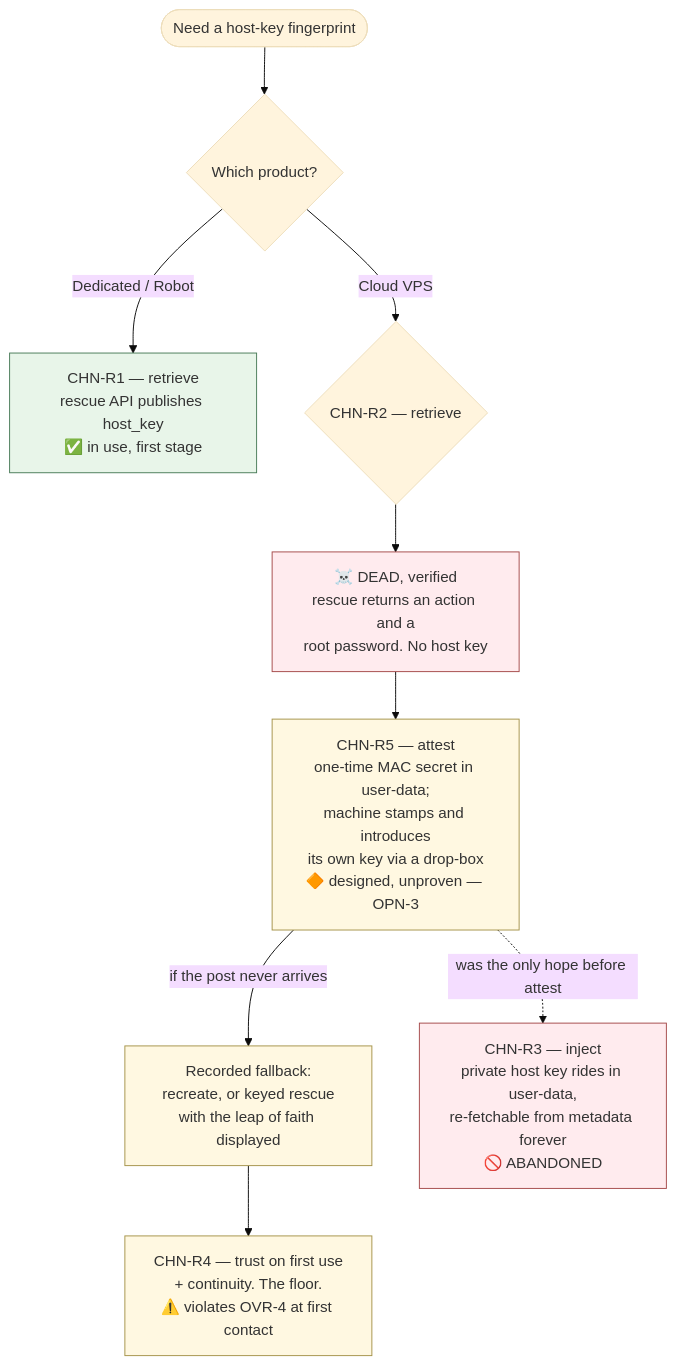
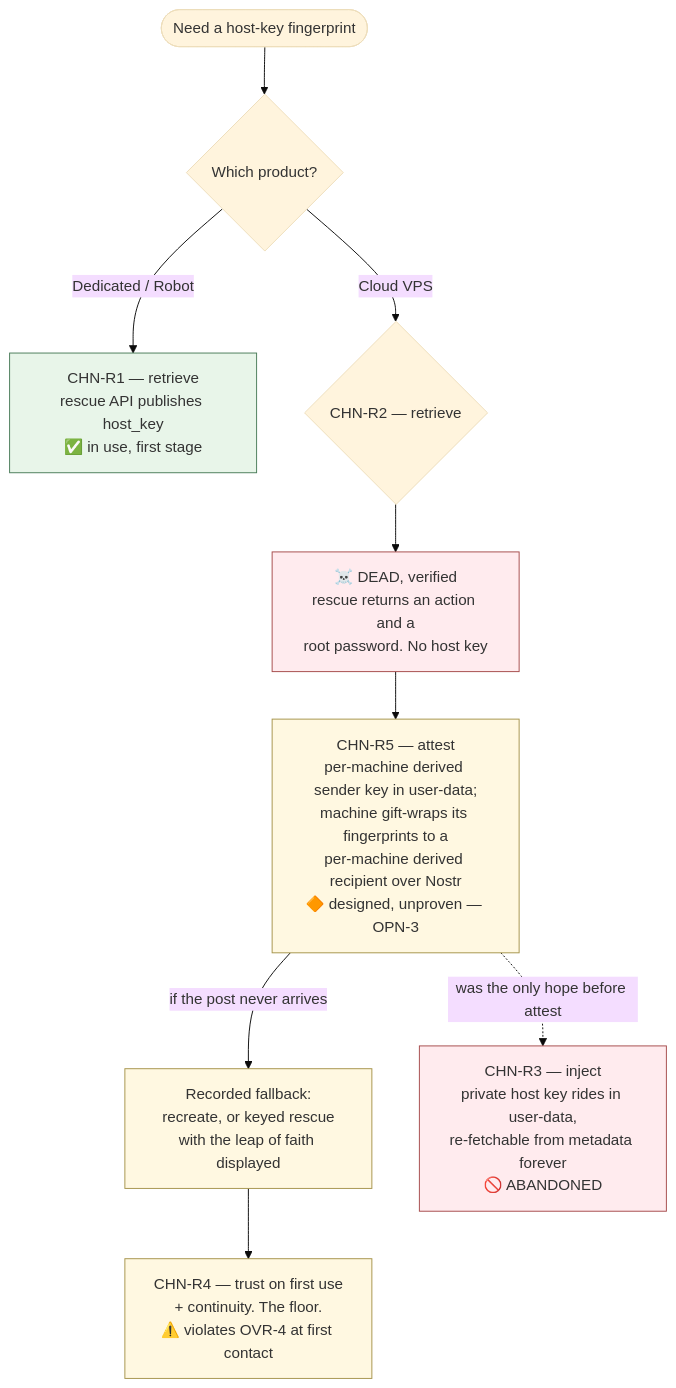
One commit to douglaz/tau-web-spec changed the first of 2 diagrams in 02-channel.md. Above: the diagram before and after it, drawn with Mermaid (base theme). The commit also changed other lines of this file and 15 other files, not shown here.

First line of the commit message:
docs: the machine speaks Nostr, and per-machine keys derive from an operator seed

````diff
--- a/02-channel.md
+++ b/02-channel.md
@@ -30,17 +30,17 @@
 ```mermaid
 flowchart TD
     START([Need a host-key fingerprint]) --> PROD{Which product?}
     PROD -->|Dedicated / Robot| R1["CHN-R1 — retrieve<br/>rescue API publishes host_key<br/>✅ in use, first stage"]
     PROD -->|Cloud VPS| R2{"CHN-R2 — retrieve"}
     R2 --> R2D["☠️ DEAD, verified<br/>rescue returns an action and a<br/>root password. No host key"]
-    R2D --> R5["CHN-R5 — attest<br/>one-time MAC secret in user-data;<br/>machine stamps and introduces<br/>its own key via a drop-box<br/>🔶 designed, unproven — OPN-3"]
+    R2D --> R5["CHN-R5 — attest<br/>per-machine derived sender key in user-data;<br/>machine gift-wraps its fingerprints to a<br/>per-machine derived recipient over Nostr<br/>🔶 designed, unproven — OPN-3"]
     R5 -->|"if the post never arrives"| FB["Recorded fallback:<br/>recreate, or keyed rescue<br/>with the leap of faith displayed"]
     R5 -.->|"was the only hope before attest"| R3["CHN-R3 — inject<br/>private host key rides in user-data,<br/>re-fetchable from metadata forever<br/>🚫 ABANDONED"]
     FB --> R4["CHN-R4 — trust on first use<br/>+ continuity. The floor.<br/>⚠️ violates OVR-4 at first contact"]
     classDef live fill:#e8f5e9,stroke:#4a7c59
     classDef dead fill:#ffebee,stroke:#a54a4a
     classDef pending fill:#fff8e1,stroke:#a5934a
     class R1 live
     class R2D,R3 dead
     class R5,R4,FB pending
 ```
````
